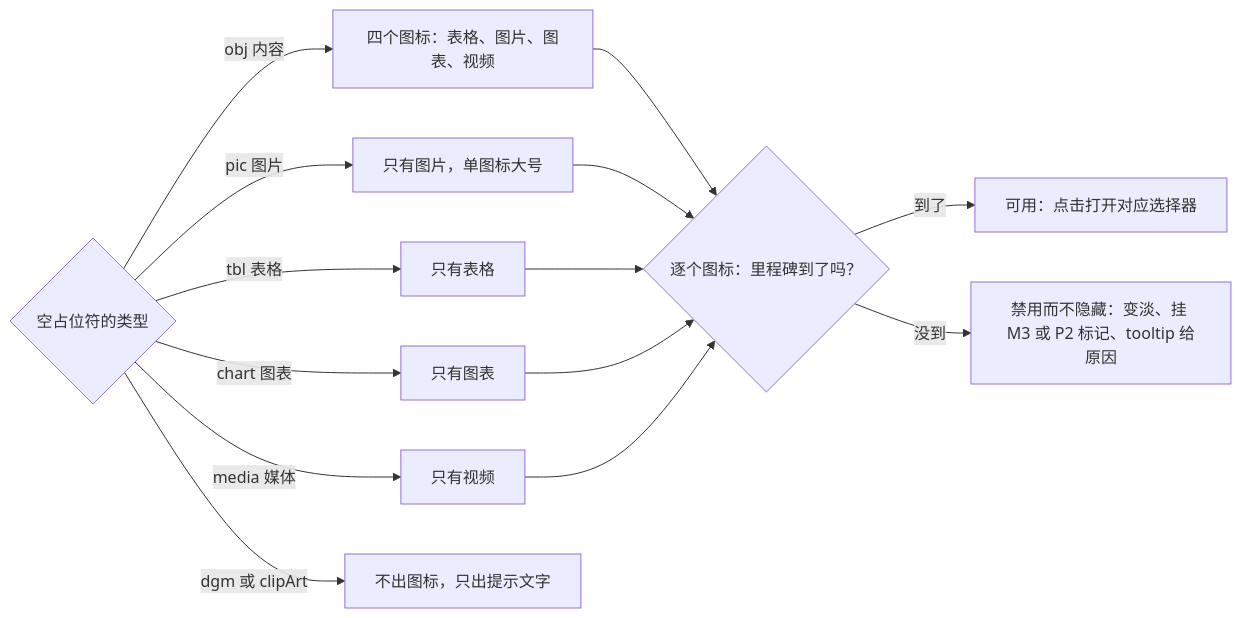
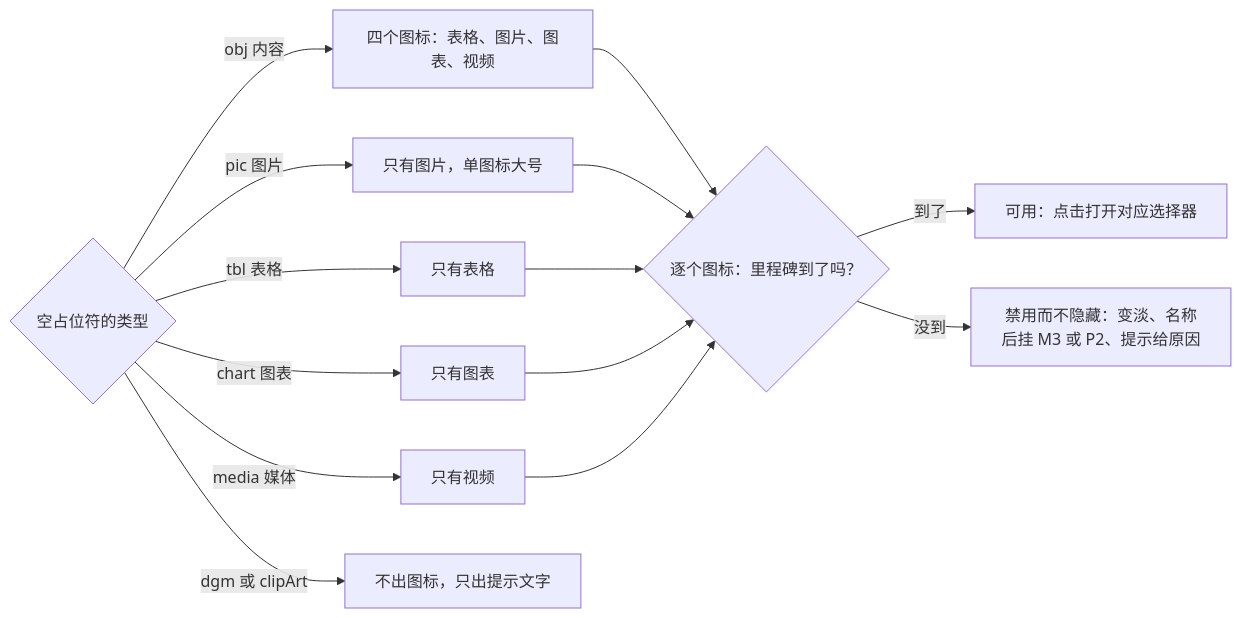
Before and after one commit to Xeonice/cordis-ppt-editor: the second of 6 diagrams in docs/20-design/03-screens/16-text-editing-and-formatting.md, drawn with Mermaid. The commit also changed other lines of this file and 44 other files, not shown here.

````diff
--- a/docs/20-design/03-screens/16-text-editing-and-formatting.md
+++ b/docs/20-design/03-screens/16-text-editing-and-formatting.md
@@ -190,16 +391,16 @@
 ```mermaid
 flowchart LR
   ph{"空占位符的类型"} -->|"obj 内容"| all["四个图标：表格、图片、图表、视频"]
   ph -->|"pic 图片"| pic["只有图片，单图标大号"]
   ph -->|"tbl 表格"| tbl["只有表格"]
   ph -->|"chart 图表"| chart["只有图表"]
   ph -->|"media 媒体"| media["只有视频"]
   ph -->|"dgm 或 clipArt"| none["不出图标，只出提示文字"]
   all --> ms{"逐个图标：里程碑到了吗？"}
   pic --> ms
   tbl --> ms
   chart --> ms
   media --> ms
   ms -->|"到了"| ok["可用：点击打开对应选择器"]
-  ms -->|"没到"| off["禁用而不隐藏：变淡、挂 M3 或 P2 标记、tooltip 给原因"]
+  ms -->|"没到"| off["禁用而不隐藏：变淡、名称后挂 M3 或 P2、提示给原因"]
 ```
````
